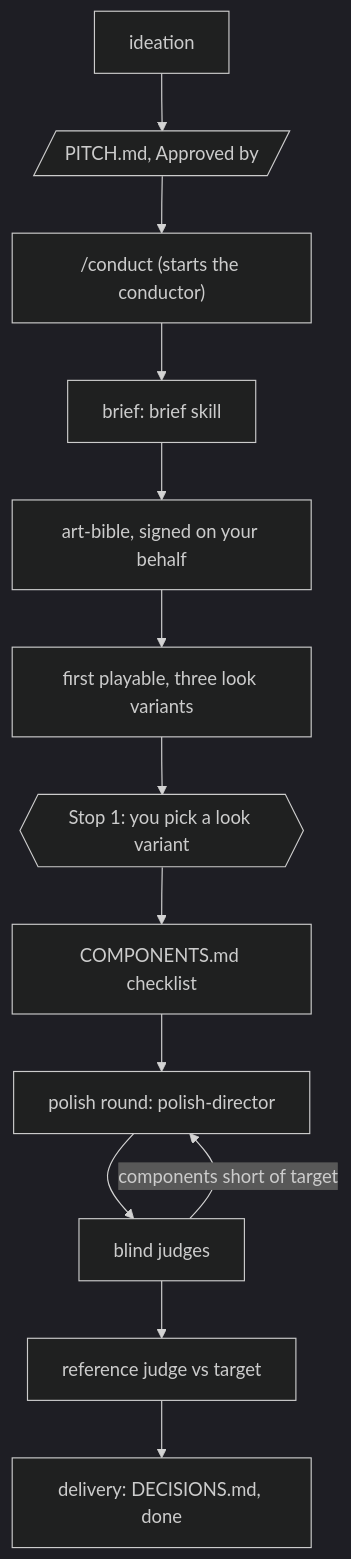
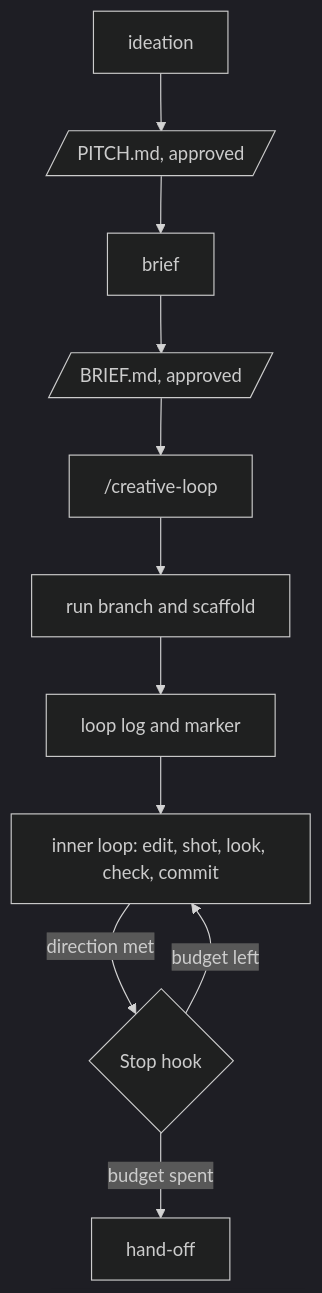
Before and after one commit to willianjusten/agent-skills: the diagram in docs/how-it-works.md, drawn with Mermaid (dark theme). The commit also changed other lines of this file and 7 other files, not shown here.

````diff
--- a/docs/how-it-works.md
+++ b/docs/how-it-works.md
@@ -5,15 +9,13 @@
 ```mermaid
 flowchart TD
-  I[ideation] --> P[/PITCH.md, Approved by/]
-  P --> C["/conduct (starts the conductor)"]
-  C --> B[brief: brief skill]
-  B --> A[art-bible, signed on your behalf]
-  A --> T[first playable, three look variants]
-  T --> S1{{Stop 1: you pick a look variant}}
-  S1 --> K[COMPONENTS.md checklist]
-  K --> R[polish round: polish-director]
-  R --> J[blind judges]
-  J -->|components short of target| R
-  J --> RJ[reference judge vs target]
-  RJ --> D[delivery: DECISIONS.md, done]
+  I[ideation] --> P[/PITCH.md, approved/]
+  P --> B[brief]
+  B --> BR[/BRIEF.md, approved/]
+  BR --> L["/creative-loop"]
+  L --> S[run branch and scaffold]
+  S --> G[loop log and marker]
+  G --> IN[inner loop: edit, shot, look, check, commit]
+  IN -->|direction met| H{Stop hook}
+  H -->|budget left| IN
+  H -->|budget spent| D[hand-off]
 ```
````
